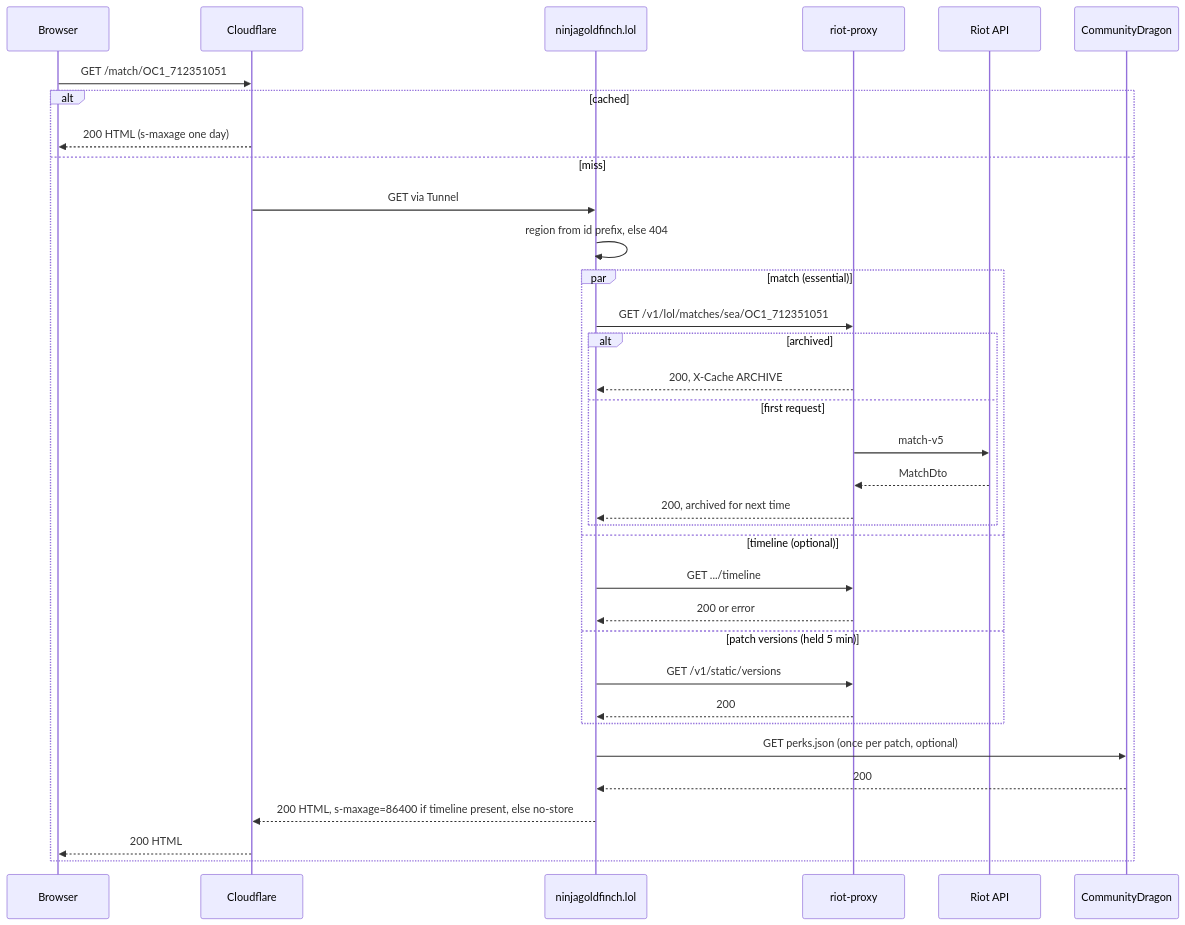
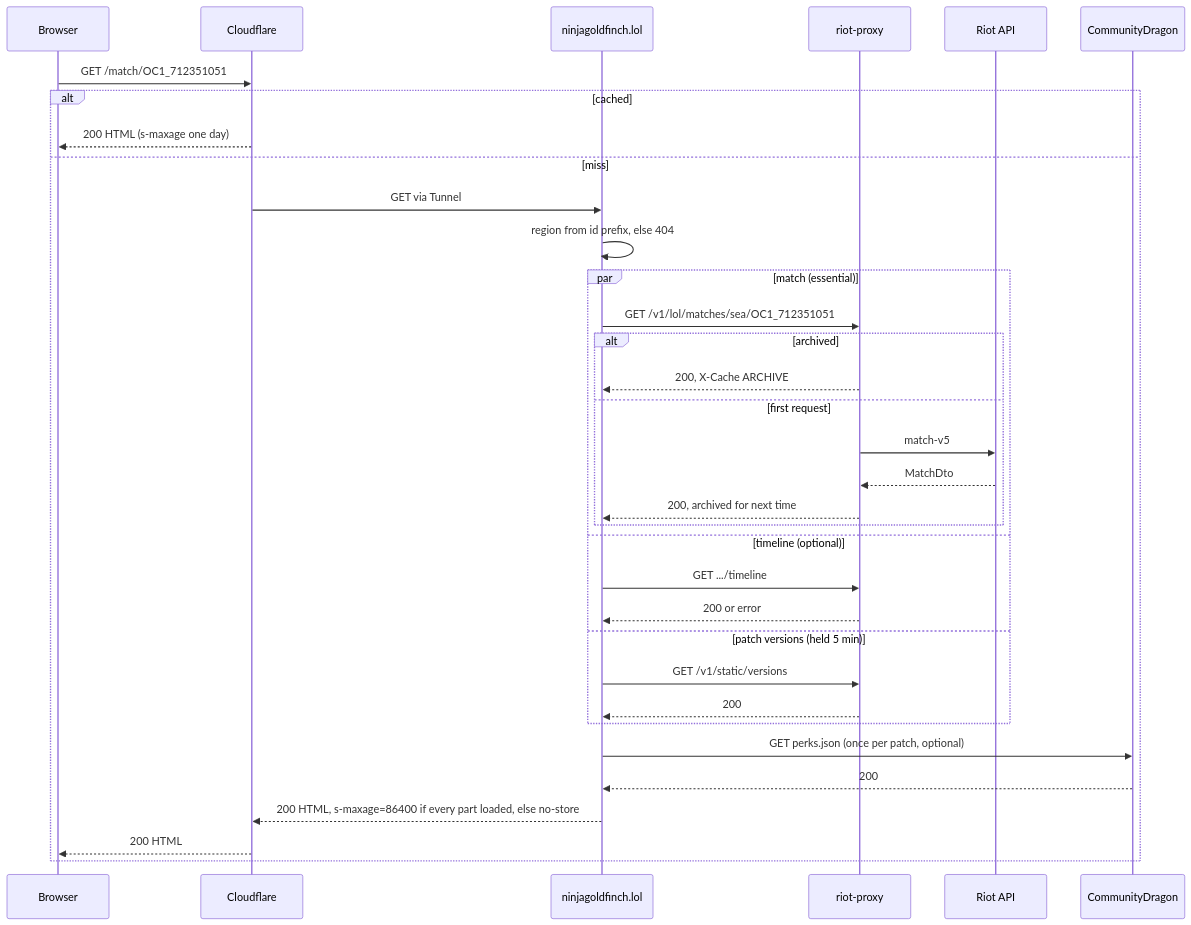
The third of 4 diagrams in docs/architecture/request-lifecycle.md (NinjaGoldfinch/ninjagoldfinch-lol), drawn with Mermaid before and after one commit. The commit also changed other lines of this file and 43 other files, not shown here.

First line of the commit message:
fix(cache): a cache policy on every response, none for a page with a part missing

````diff
--- a/docs/architecture/request-lifecycle.md
+++ b/docs/architecture/request-lifecycle.md
@@ -103,37 +103,37 @@
 ```mermaid
 sequenceDiagram
   participant Browser
   participant Cloudflare
   participant Site as ninjagoldfinch.lol
   participant Proxy as riot-proxy
   participant Riot as Riot API
   participant CDragon as CommunityDragon
 
   Browser->>Cloudflare: GET /match/OC1_712351051
   alt cached
     Cloudflare-->>Browser: 200 HTML (s-maxage one day)
   else miss
     Cloudflare->>Site: GET via Tunnel
     Site->>Site: region from id prefix, else 404
     par match (essential)
       Site->>Proxy: GET /v1/lol/matches/sea/OC1_712351051
       alt archived
         Proxy-->>Site: 200, X-Cache ARCHIVE
       else first request
         Proxy->>Riot: match-v5
         Riot-->>Proxy: MatchDto
         Proxy-->>Site: 200, archived for next time
       end
     and timeline (optional)
       Site->>Proxy: GET .../timeline
       Proxy-->>Site: 200 or error
     and patch versions (held 5 min)
       Site->>Proxy: GET /v1/static/versions
       Proxy-->>Site: 200
     end
     Site->>CDragon: GET perks.json (once per patch, optional)
     CDragon-->>Site: 200
-    Site-->>Cloudflare: 200 HTML, s-maxage=86400 if timeline present, else no-store
+    Site-->>Cloudflare: 200 HTML, s-maxage=86400 if every part loaded, else no-store
     Cloudflare-->>Browser: 200 HTML
   end
 ```
````
